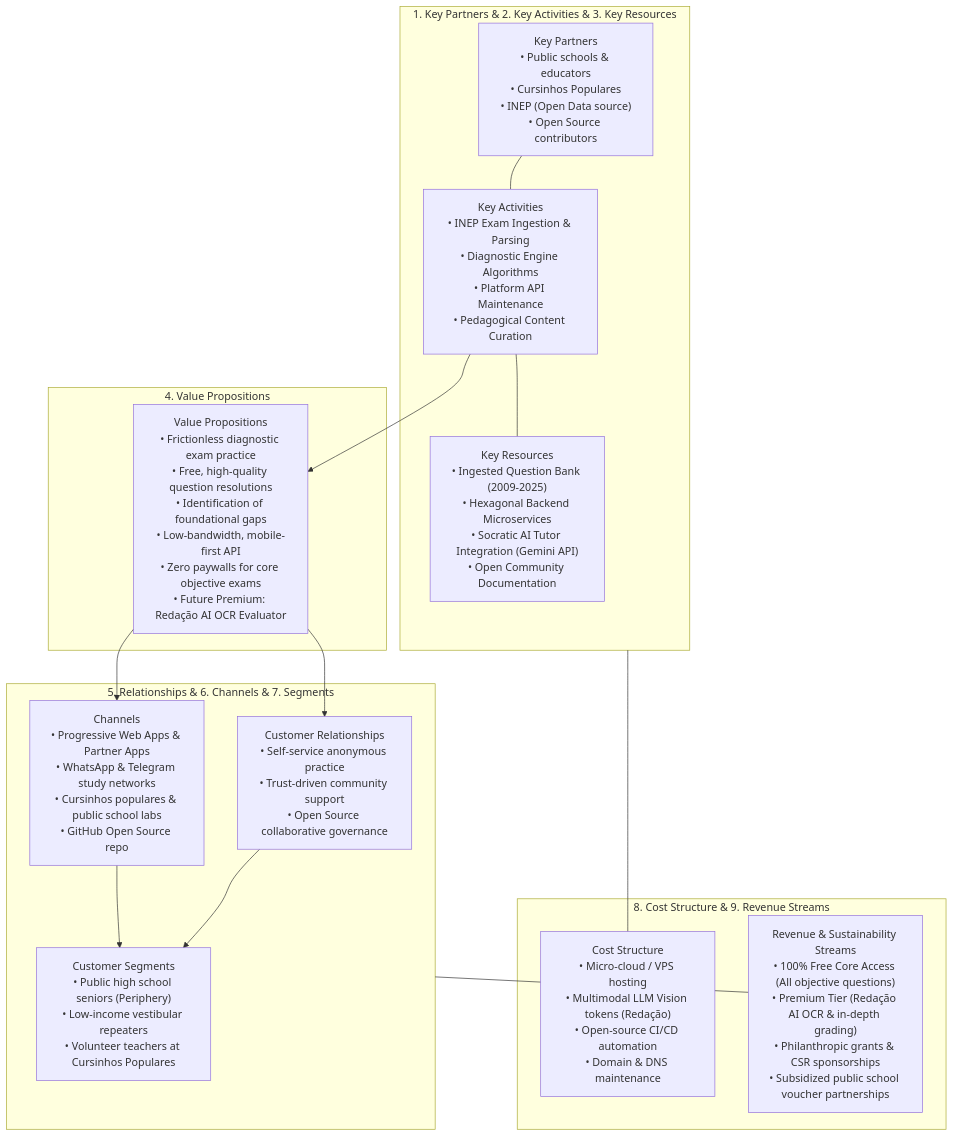
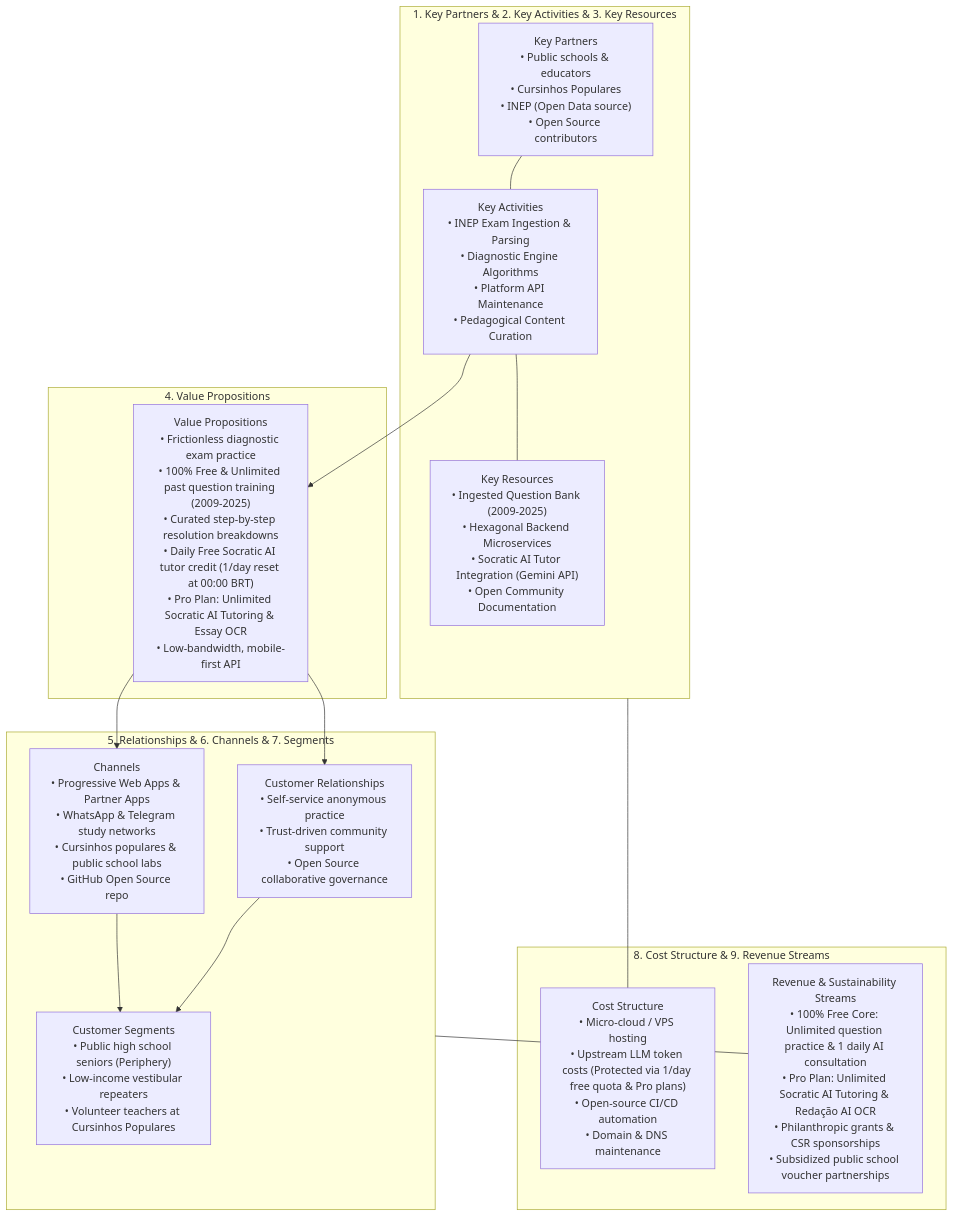
Before and after one commit to Veras-D/AprovaENEM: the first of 2 diagrams in docs/sprint-1/01-business-and-market-strategy.md, drawn with Mermaid. The commit also changed other lines of this file and 6 other files, not shown here.

Commit message:
feat(tutor): architect Redis daily quota limiter for free AI tutor and unlimited Pro tier

````diff
--- a/docs/sprint-1/01-business-and-market-strategy.md
+++ b/docs/sprint-1/01-business-and-market-strategy.md
@@ -19,30 +19,30 @@
 ```mermaid
 flowchart TD
     subgraph Infrastructure ["1. Key Partners & 2. Key Activities & 3. Key Resources"]
         KP["Key Partners<br/>• Public schools & educators<br/>• Cursinhos Populares<br/>• INEP (Open Data source)<br/>• Open Source contributors"]
         KA["Key Activities<br/>• INEP Exam Ingestion & Parsing<br/>• Diagnostic Engine Algorithms<br/>• Platform API Maintenance<br/>• Pedagogical Content Curation"]
         KR["Key Resources<br/>• Ingested Question Bank (2009-2025)<br/>• Hexagonal Backend Microservices<br/>• Socratic AI Tutor Integration (Gemini API)<br/>• Open Community Documentation"]
     end
 
     subgraph Core ["4. Value Propositions"]
-        VP["Value Propositions<br/>• Frictionless diagnostic exam practice<br/>• Free, high-quality question resolutions<br/>• Identification of foundational gaps<br/>• Low-bandwidth, mobile-first API<br/>• Zero paywalls for core objective exams<br/>• Future Premium: Redação AI OCR Evaluator"]
+        VP["Value Propositions<br/>• Frictionless diagnostic exam practice<br/>• 100% Free & Unlimited past question training (2009-2025)<br/>• Curated step-by-step resolution breakdowns<br/>• Daily Free Socratic AI tutor credit (1/day reset at 00:00 BRT)<br/>• Pro Plan: Unlimited Socratic AI Tutoring & Essay OCR<br/>• Low-bandwidth, mobile-first API"]
     end
 
     subgraph Market ["5. Relationships & 6. Channels & 7. Segments"]
         CR["Customer Relationships<br/>• Self-service anonymous practice<br/>• Trust-driven community support<br/>• Open Source collaborative governance"]
         CH["Channels<br/>• Progressive Web Apps & Partner Apps<br/>• WhatsApp & Telegram study networks<br/>• Cursinhos populares & public school labs<br/>• GitHub Open Source repo"]
         CS["Customer Segments<br/>• Public high school seniors (Periphery)<br/>• Low-income vestibular repeaters<br/>• Volunteer teachers at Cursinhos Populares"]
     end
 
     subgraph Finance ["8. Cost Structure & 9. Revenue Streams"]
-        CST["Cost Structure<br/>• Micro-cloud / VPS hosting<br/>• Multimodal LLM Vision tokens (Redação)<br/>• Open-source CI/CD automation<br/>• Domain & DNS maintenance"]
-        REV["Revenue & Sustainability Streams<br/>• 100% Free Core Access (All objective questions)<br/>• Premium Tier (Redação AI OCR & in-depth grading)<br/>• Philanthropic grants & CSR sponsorships<br/>• Subsidized public school voucher partnerships"]
+        CST["Cost Structure<br/>• Micro-cloud / VPS hosting<br/>• Upstream LLM token costs (Protected via 1/day free quota & Pro plans)<br/>• Open-source CI/CD automation<br/>• Domain & DNS maintenance"]
+        REV["Revenue & Sustainability Streams<br/>• 100% Free Core: Unlimited question practice & 1 daily AI consultation<br/>• Pro Plan: Unlimited Socratic AI Tutoring & Redação AI OCR<br/>• Philanthropic grants & CSR sponsorships<br/>• Subsidized public school voucher partnerships"]
     end
 
     KP --- KA --- KR
     KA --> VP
     VP --> CR & CH
     CR & CH --> CS
     Infrastructure --- CST
     Market --- REV
 ```
````
